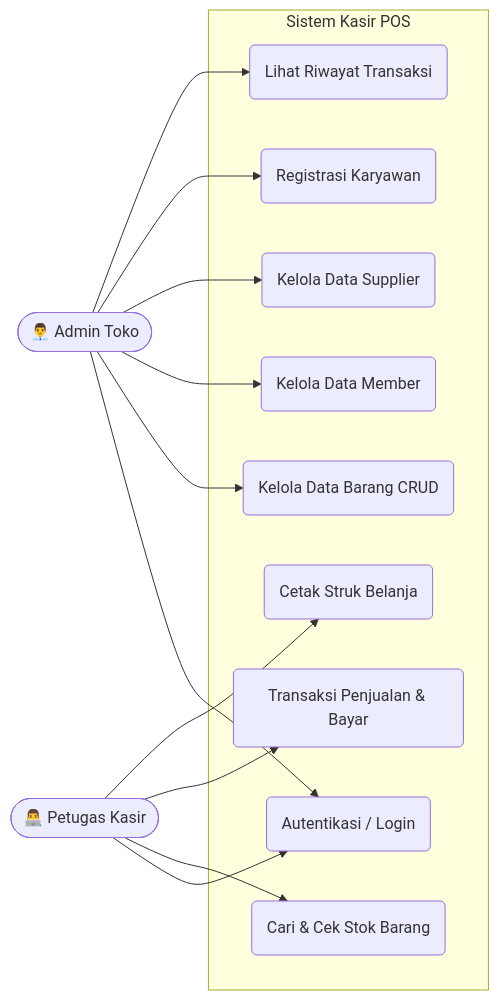
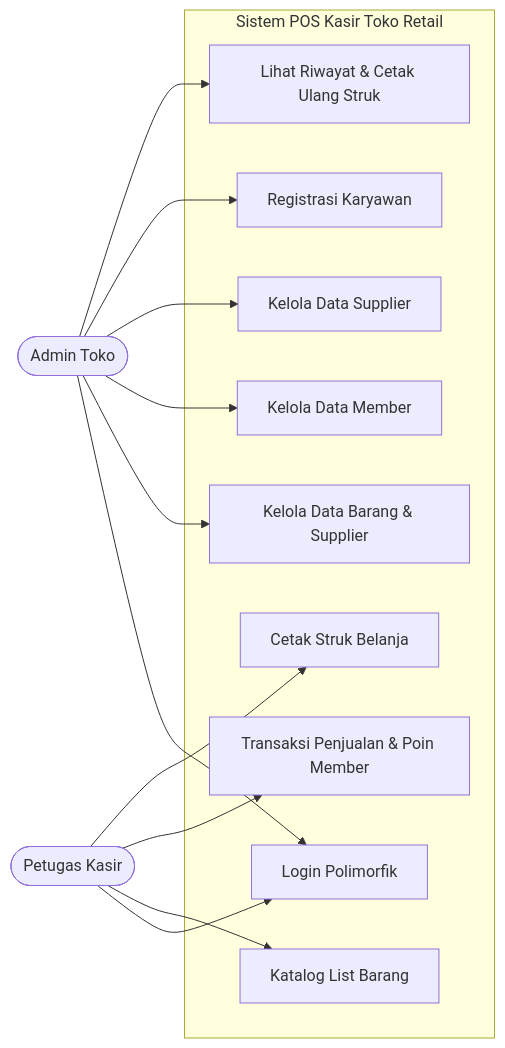
The first of 6 diagrams in DOKUMENTASI_LAPORAN.md (NarendroWicaksono/POS-KasirJAVA-PBO), drawn with Mermaid before and after one commit. The commit also changed other lines of this file and 1 other file, not shown here.

````diff
--- a/DOKUMENTASI_LAPORAN.md
+++ b/DOKUMENTASI_LAPORAN.md
@@ -11,29 +47,29 @@
 ```mermaid
 flowchart LR
-    Admin([👨‍💼 Admin Toko])
-    Kasir([👨‍💻 Petugas Kasir])
+    Admin([Admin Toko])
+    Kasir([Petugas Kasir])
 
-    subgraph Sistem Kasir POS
-        UC1(Autentikasi / Login)
-        UC2(Kelola Data Barang CRUD)
-        UC3(Kelola Data Member)
-        UC4(Kelola Data Supplier)
-        UC5(Registrasi Karyawan)
-        UC6(Lihat Riwayat Transaksi)
-        UC7(Cari & Cek Stok Barang)
-        UC8(Transaksi Penjualan & Bayar)
-        UC9(Cetak Struk Belanja)
+    subgraph "Sistem POS Kasir Toko Retail"
+        UC1["Login Polimorfik"]
+        UC2["Kelola Data Barang & Supplier"]
+        UC3["Kelola Data Member"]
+        UC4["Kelola Data Supplier"]
+        UC5["Registrasi Karyawan"]
+        UC6["Lihat Riwayat & Cetak Ulang Struk"]
+        UC7["Katalog List Barang"]
+        UC8["Transaksi Penjualan & Poin Member"]
+        UC9["Cetak Struk Belanja"]
     end
 
     Admin --> UC1
     Admin --> UC2
     Admin --> UC3
     Admin --> UC4
     Admin --> UC5
     Admin --> UC6
 
     Kasir --> UC1
     Kasir --> UC7
     Kasir --> UC8
     Kasir --> UC9
 ```
````
